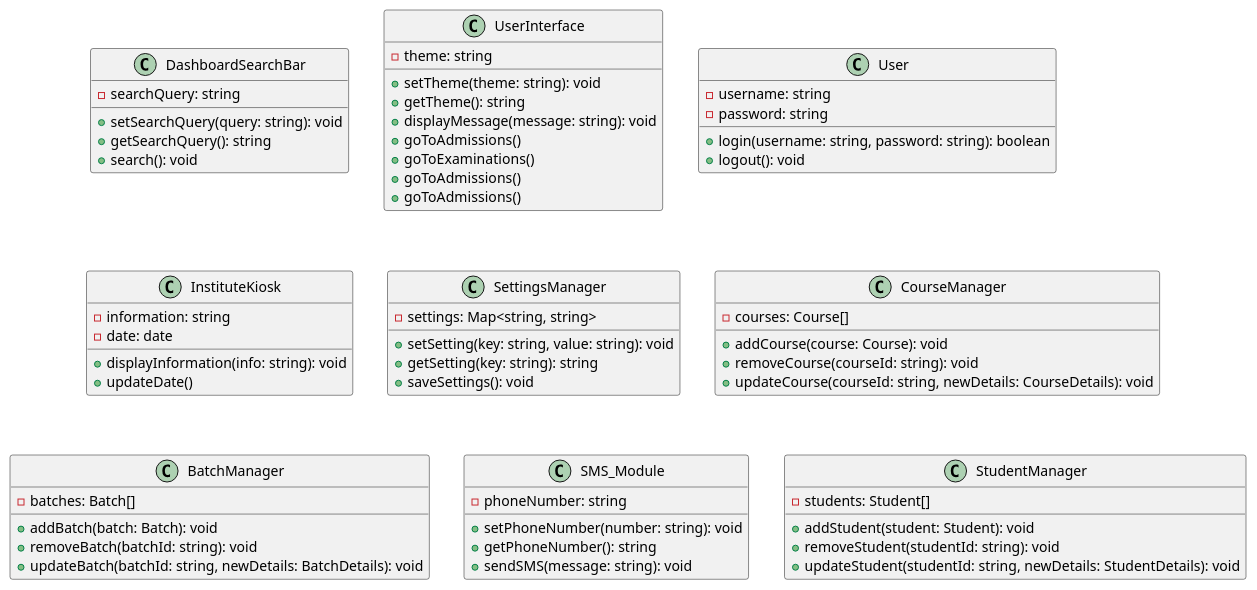
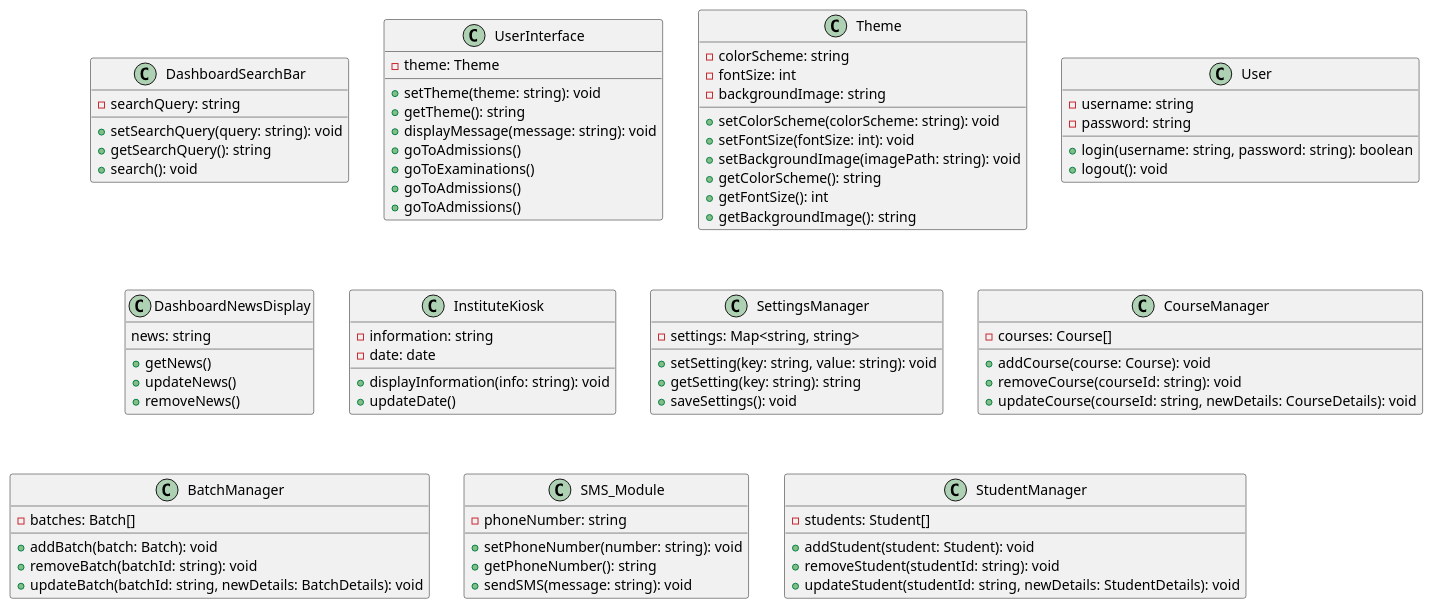
Before and after one commit to anshium/DASS-Assignment-3-IMS-System-Design: the diagram in dashboard.plantuml, drawn with PlantUML.

Commit message:
update dashboard

```diff
--- a/dashboard.plantuml
+++ b/dashboard.plantuml
@@ -1,79 +1,100 @@
 @startuml dashboard
 
 class DashboardSearchBar {
     - searchQuery: string
     + setSearchQuery(query: string): void
     + getSearchQuery(): string
     + search(): void
 }
 
 class UserInterface {
-    - theme: string
+    - theme: Theme
     + setTheme(theme: string): void
     + getTheme(): string
     + displayMessage(message: string): void
 	+ goToAdmissions()
 	+ goToExaminations()
 	+ goToAdmissions()
 	+ goToAdmissions()
 }
 
+class Theme {
+    - colorScheme: string
+    - fontSize: int
+    - backgroundImage: string
+
+    + setColorScheme(colorScheme: string): void
+    + setFontSize(fontSize: int): void
+    + setBackgroundImage(imagePath: string): void
+    + getColorScheme(): string
+    + getFontSize(): int
+    + getBackgroundImage(): string
+}
+
 class User {
     - username: string
     - password: string
     + login(username: string, password: string): boolean
     + logout(): void
+}
+
+class DashboardNewsDisplay {
+	news: string
+
+	+ getNews()
+	+ updateNews()
+	+ removeNews()
 }
 
 class InstituteKiosk {
 	- information: string
 	- date: date
     + displayInformation(info: string): void
 	+ updateDate()
 }
 
 class SettingsManager {
     - settings: Map<string, string>
     + setSetting(key: string, value: string): void
     + getSetting(key: string): string
     + saveSettings(): void
 }
 
 class CourseManager {
     - courses: Course[]
     + addCourse(course: Course): void
     + removeCourse(courseId: string): void
     + updateCourse(courseId: string, newDetails: CourseDetails): void
 }
 
 class BatchManager {
     - batches: Batch[]
     + addBatch(batch: Batch): void
     + removeBatch(batchId: string): void
     + updateBatch(batchId: string, newDetails: BatchDetails): void
 }
 
 class SMS_Module {
     - phoneNumber: string
     + setPhoneNumber(number: string): void
     + getPhoneNumber(): string
     + sendSMS(message: string): void
 }
 
 class StudentManager {
     - students: Student[]
     + addStudent(student: Student): void
     + removeStudent(studentId: string): void
     + updateStudent(studentId: string, newDetails: StudentDetails): void
 	'Student categories need to be added'
 }
 
 ' DashboardSearchBar -- UserInterface
 ' UserInterface -- User
 ' User -- InstituteKiosk
 ' SettingsManager -- UserInterface
 ' CourseManager -- BatchManager
 ' SMS_Module -- UserInterface
 ' StudentManager -- CourseManager
 
 @enduml
```
